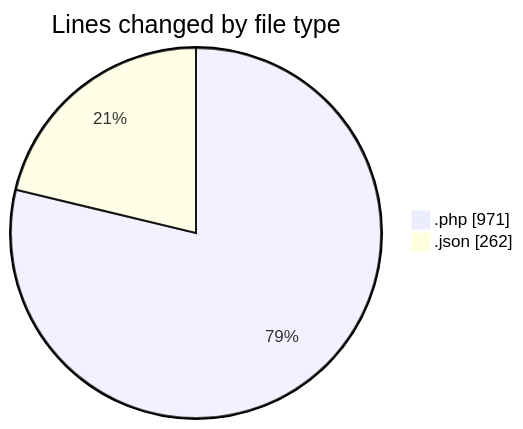
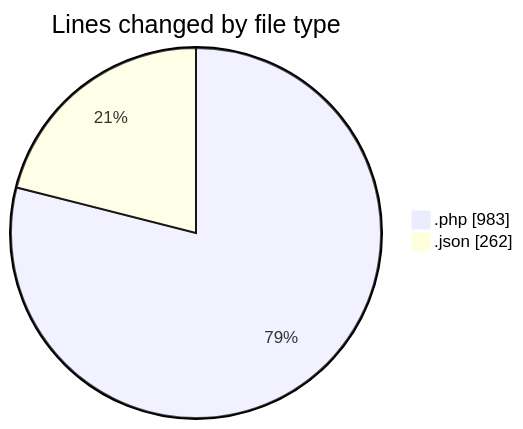
Before and after one commit to idhammustaqopulfikri/code-tracking: the first of 2 diagrams in 2025-11-01/futsal_rekomendasi/README.md, drawn with Mermaid. The commit also changed other lines of this file and 1 other file, not shown here.

````diff
--- a/2025-11-01/futsal_rekomendasi/README.md
+++ b/2025-11-01/futsal_rekomendasi/README.md
@@ -35,6 +35,6 @@
 ```mermaid
 pie showData
 title Lines changed by file type
-".php" : 971
+".php" : 983
 ".json" : 262
 ```
````
